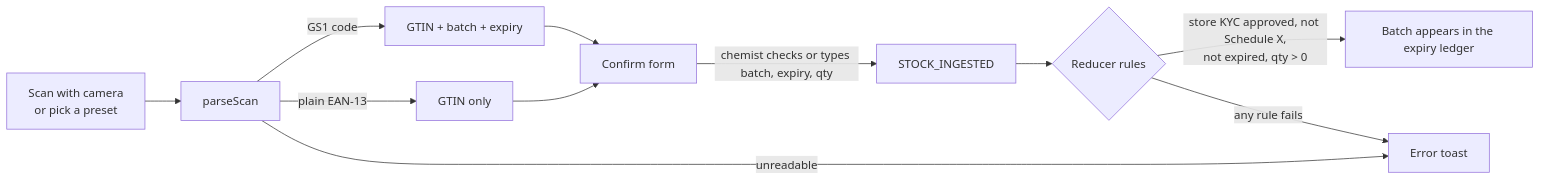
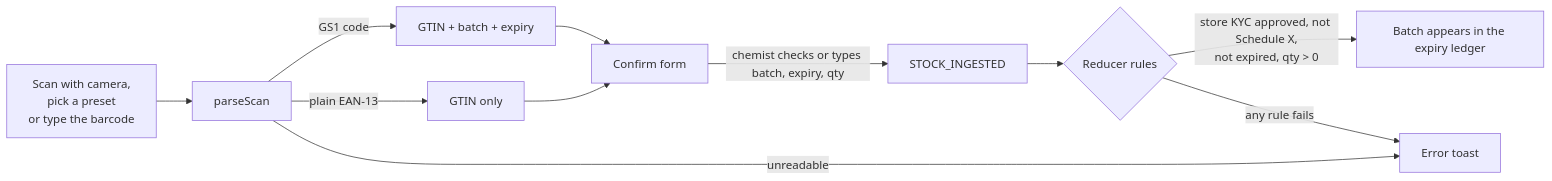
Before and after one commit to chethan-9817/pharma_flow_1: the first of 10 diagrams in WORKFLOW.md, drawn with Mermaid. The commit also changed other lines of this file, not shown here.

Commit message:
docs: document typed barcode entry, the pharmaflow command and new troubleshooting in WORKFLOW.md

````diff
--- a/WORKFLOW.md
+++ b/WORKFLOW.md
@@ -60,13 +60,13 @@
 ```mermaid
 flowchart LR
-    A["Scan with camera<br/>or pick a preset"] --> B["parseScan"]
+    A["Scan with camera,<br/>pick a preset<br/>or type the barcode"] --> B["parseScan"]
     B -->|"GS1 code"| C["GTIN + batch + expiry"]
     B -->|"plain EAN-13"| D["GTIN only"]
     B -->|"unreadable"| X["Error toast"]
     C --> E["Confirm form"]
     D --> E
     E -->|"chemist checks or types batch, expiry, qty"| F["STOCK_INGESTED"]
     F --> G{"Reducer rules"}
     G -->|"store KYC approved, not Schedule X,<br/>not expired, qty > 0"| H["Batch appears in the expiry ledger"]
     G -->|"any rule fails"| X
 ```
````
